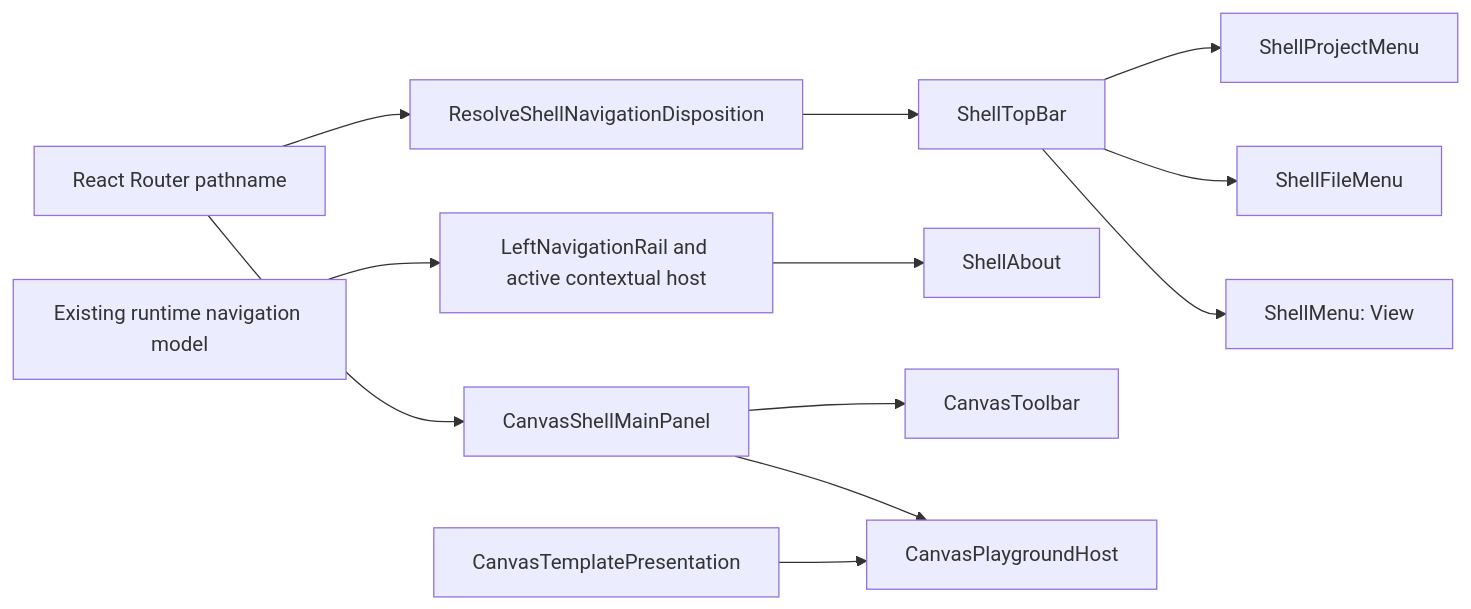
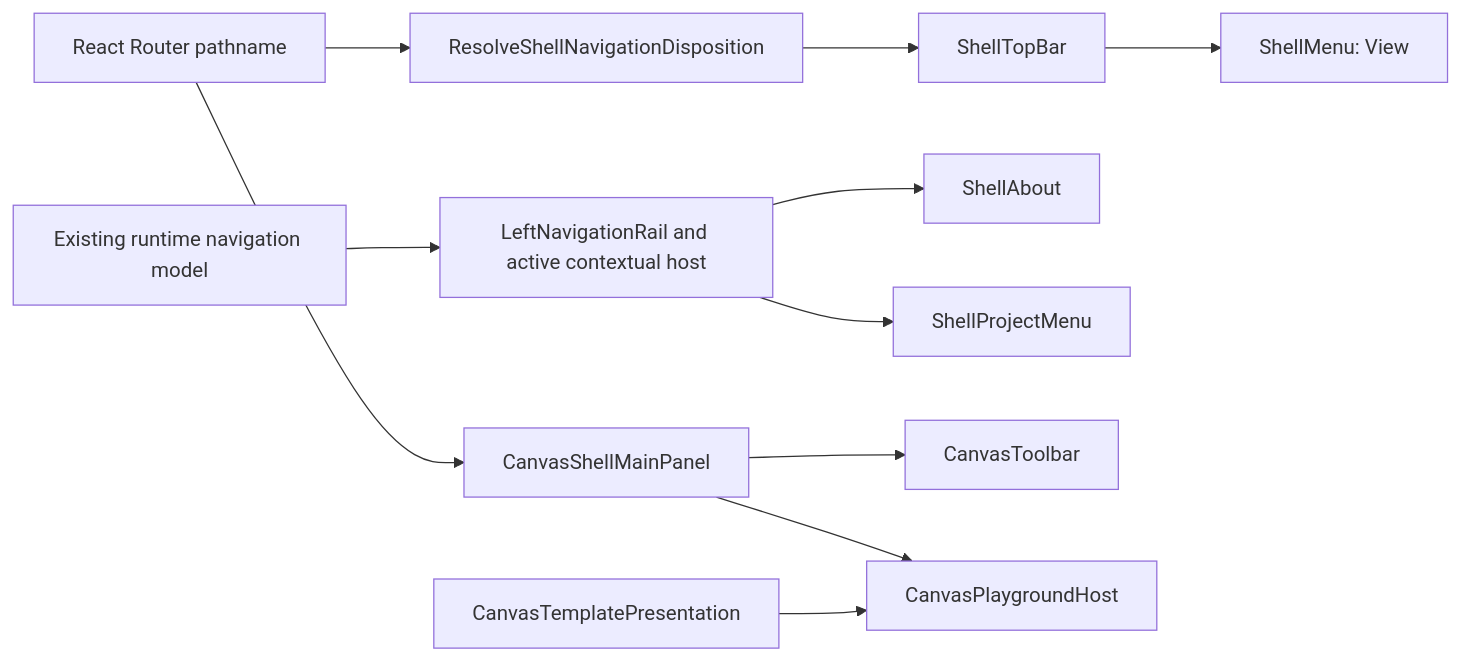
Before and after one commit to dunay2/dvt: diagram 14 of 20 in docs/architecture/components/web/graph/canvas-shell-component.md, drawn with Mermaid. The commit also changed other lines of this file and 58 other files, not shown here.

Commit message:
refactor(web): Consolidate project settings in the rail and file actions in Code (#3845)

````diff
--- a/docs/architecture/components/web/graph/canvas-shell-component.md
+++ b/docs/architecture/components/web/graph/canvas-shell-component.md
@@ -792,27 +795,25 @@
 ```mermaid
 flowchart LR
   Router["React Router pathname"]
   Disposition["ResolveShellNavigationDisposition"]
   TopBar["ShellTopBar"]
   Rail["LeftNavigationRail and active contextual host"]
   About["ShellAbout"]
   ProjectMenu["ShellProjectMenu"]
-  FileMenu["ShellFileMenu"]
   ViewMenu["ShellMenu: View"]
   CanvasPanel["CanvasShellMainPanel"]
   Toolbar["CanvasToolbar"]
   Host["CanvasPlaygroundHost"]
   Template["CanvasTemplatePresentation"]
 
   Router --> Disposition
   Disposition --> TopBar
   Navigation["Existing runtime navigation model"] --> Rail
   Rail --> About
-  TopBar --> ProjectMenu
-  TopBar --> FileMenu
+  Rail --> ProjectMenu
   TopBar --> ViewMenu
   Router --> CanvasPanel
   CanvasPanel --> Toolbar
   CanvasPanel --> Host
   Template --> Host
 ```
````
